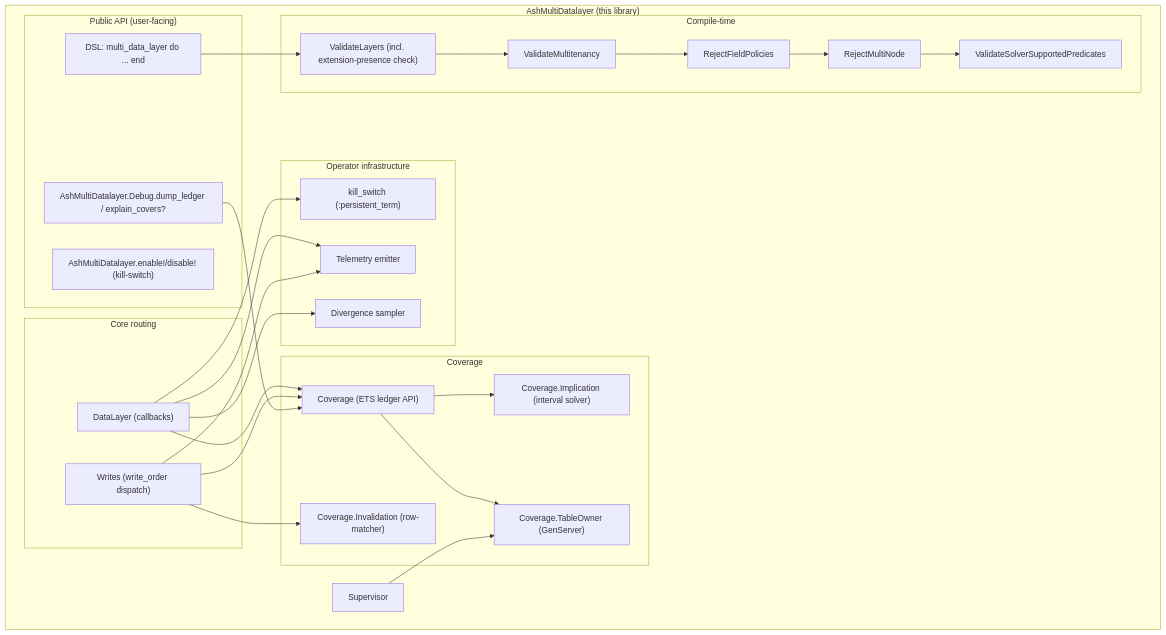
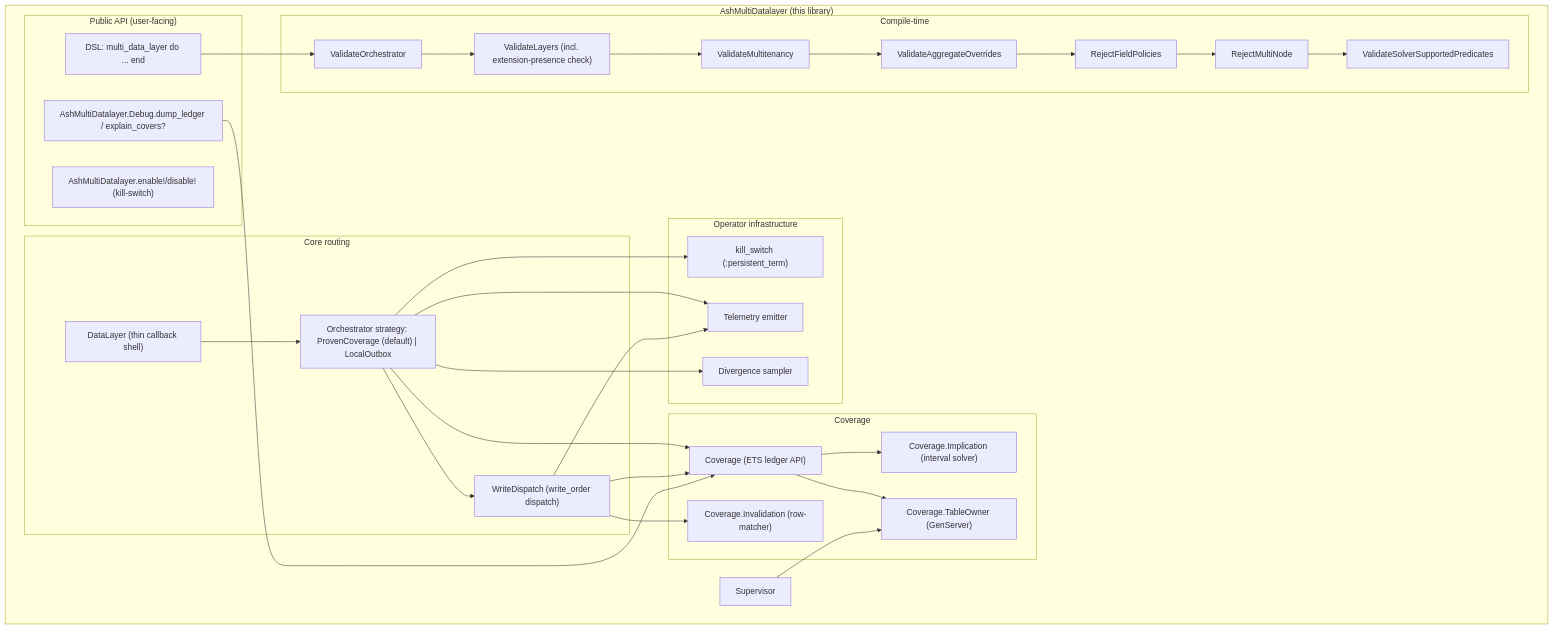
One commit to barnabasJ/ash_multi_datalayer changed the second of 6 diagrams in docs/technical/ash-multi-datalayer.md. Above: the diagram before and after it, drawn with Mermaid. The commit also changed other lines of this file and 103 other files, not shown here.

````diff
--- a/docs/technical/ash-multi-datalayer.md
+++ b/docs/technical/ash-multi-datalayer.md
@@ -197,51 +208,56 @@
 ```mermaid
 flowchart TD
   subgraph Boundary["AshMultiDatalayer (this library)"]
     subgraph Public["Public API (user-facing)"]
       DSL["DSL: multi_data_layer do ... end"]
       API["AshMultiDatalayer.enable!/disable! (kill-switch)"]
       Debug["AshMultiDatalayer.Debug.dump_ledger / explain_covers?"]
     end
 
     subgraph Core["Core routing"]
-      DL["DataLayer (callbacks)"]
-      Writes["Writes (write_order dispatch)"]
+      DL["DataLayer (thin callback shell)"]
+      Orch["Orchestrator strategy: ProvenCoverage (default) | LocalOutbox"]
+      Writes["WriteDispatch (write_order dispatch)"]
     end
 
     subgraph Cov["Coverage"]
       Ledger["Coverage (ETS ledger API)"]
       Impl["Coverage.Implication (interval solver)"]
       Inv["Coverage.Invalidation (row-matcher)"]
       Owner["Coverage.TableOwner (GenServer)"]
     end
 
     subgraph Ops["Operator infrastructure"]
       KS["kill_switch (:persistent_term)"]
       Tel["Telemetry emitter"]
       Samp["Divergence sampler"]
     end
 
     subgraph Compile["Compile-time"]
-      V1["ValidateLayers (incl. extension-presence check)"]
-      V2["ValidateMultitenancy"]
-      V3["RejectFieldPolicies"]
-      V4["RejectMultiNode"]
-      V5["ValidateSolverSupportedPredicates"]
+      V1["ValidateOrchestrator"]
+      V2["ValidateLayers (incl. extension-presence check)"]
+      V3["ValidateMultitenancy"]
+      V4["ValidateAggregateOverrides"]
+      V5["RejectFieldPolicies"]
+      V6["RejectMultiNode"]
+      V7["ValidateSolverSupportedPredicates"]
     end
 
     Sup["Supervisor"]
   end
 
-  DSL --> V1 --> V2 --> V3 --> V4 --> V5
-  DL --> KS
-  DL --> Ledger
-  DL --> Tel
-  DL --> Samp
+  DSL --> V1 --> V2 --> V3 --> V4 --> V5 --> V6 --> V7
+  DL --> Orch
+  Orch --> KS
+  Orch --> Ledger
+  Orch --> Tel
+  Orch --> Samp
+  Orch --> Writes
   Writes --> Inv
   Writes --> Ledger
   Writes --> Tel
   Ledger --> Impl
   Ledger --> Owner
   Sup --> Owner
   Debug --> Ledger
 ```
````
